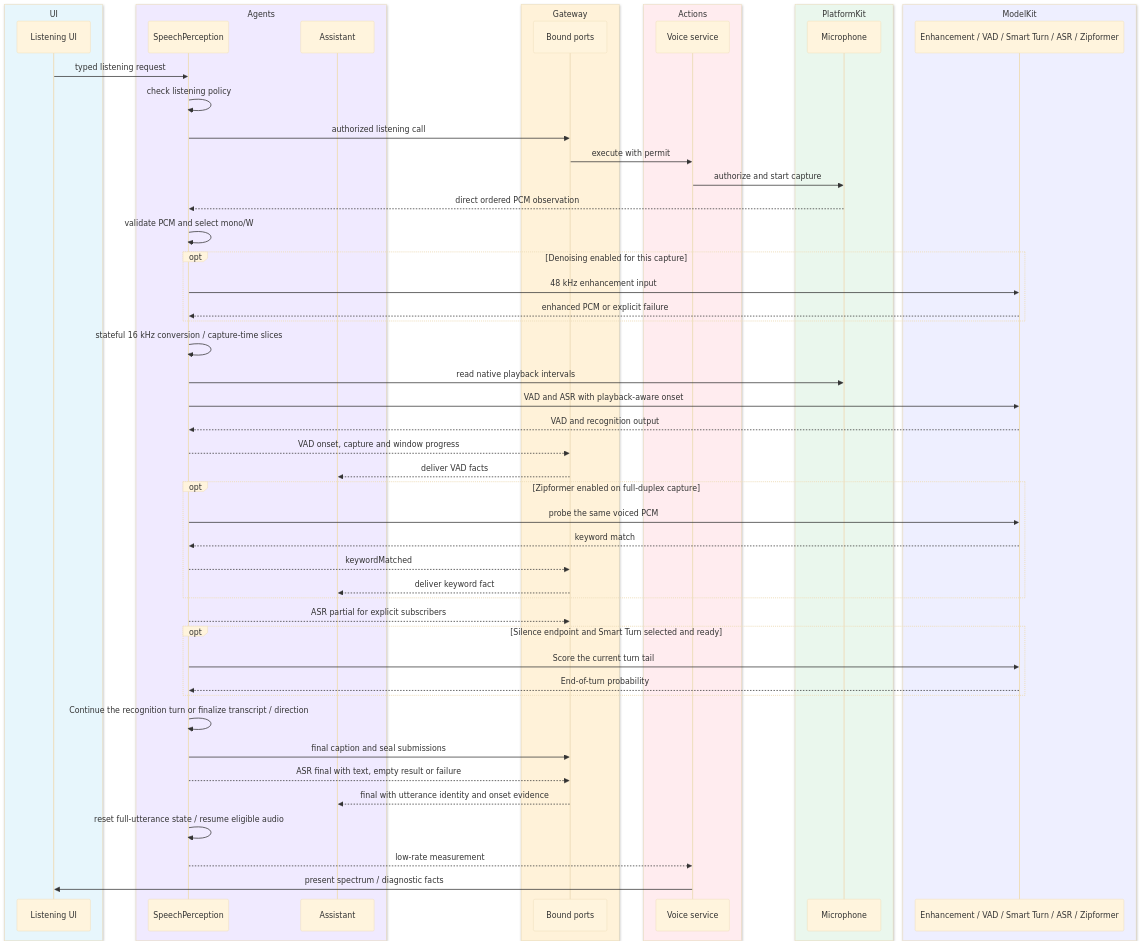
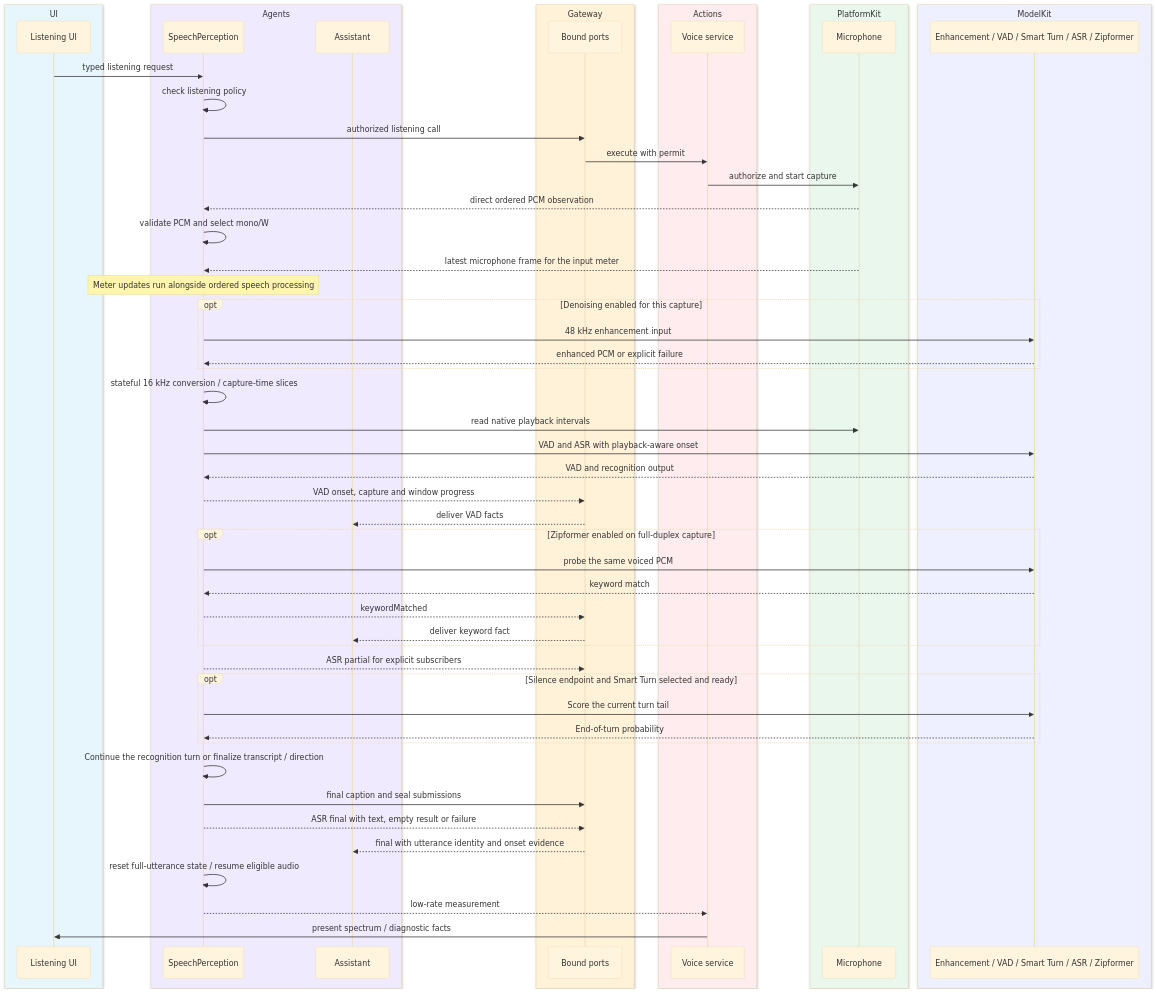
One commit to devilyouwei/MobileHarness changed diagram 17 of 29 in MobileHarness/README.md. Above: the diagram before and after it, drawn with Mermaid (base theme). The commit also changed other lines of this file and 341 other files, not shown here.

````diff
--- a/MobileHarness/README.md
+++ b/MobileHarness/README.md
@@ -1038,57 +1040,59 @@
 ```mermaid
 sequenceDiagram
     box rgb(231,246,252) UI
         participant UI as Listening UI
     end
     box rgb(240,234,255) Agents
         participant S as SpeechPerception
         participant A as Assistant
     end
     box rgb(255,242,217) Gateway
         participant G as Bound ports
     end
     box rgb(255,236,239) Actions
         participant X as Voice service
     end
     box rgb(234,247,237) PlatformKit
         participant P as Microphone
     end
     box rgb(238,239,255) ModelKit
         participant M as Enhancement / VAD / Smart Turn / ASR / Zipformer
     end
     UI->>S: typed listening request
     S->>S: check listening policy
     S->>G: authorized listening call
     G->>X: execute with permit
     X->>P: authorize and start capture
     P-->>S: direct ordered PCM observation
     S->>S: validate PCM and select mono/W
+    P-->>S: latest microphone frame for the input meter
+    Note over S: Meter updates run alongside ordered speech processing
     opt Denoising enabled for this capture
         S->>M: 48 kHz enhancement input
         M-->>S: enhanced PCM or explicit failure
     end
     S->>S: stateful 16 kHz conversion / capture-time slices
     S->>P: read native playback intervals
     S->>M: VAD and ASR with playback-aware onset
     M-->>S: VAD and recognition output
     S-->>G: VAD onset, capture and window progress
     G-->>A: deliver VAD facts
     opt Zipformer enabled on full-duplex capture
         S->>M: probe the same voiced PCM
         M-->>S: keyword match
         S-->>G: keywordMatched
         G-->>A: deliver keyword fact
     end
     S-->>G: ASR partial for explicit subscribers
     opt Silence endpoint and Smart Turn selected and ready
         S->>M: Score the current turn tail
         M-->>S: End-of-turn probability
     end
     S->>S: Continue the recognition turn or finalize transcript / direction
     S->>G: final caption and seal submissions
     S-->>G: ASR final with text, empty result or failure
     G-->>A: final with utterance identity and onset evidence
     S->>S: reset full-utterance state / resume eligible audio
     S-->>X: low-rate measurement
     X->>UI: present spectrum / diagnostic facts
 ```
````
